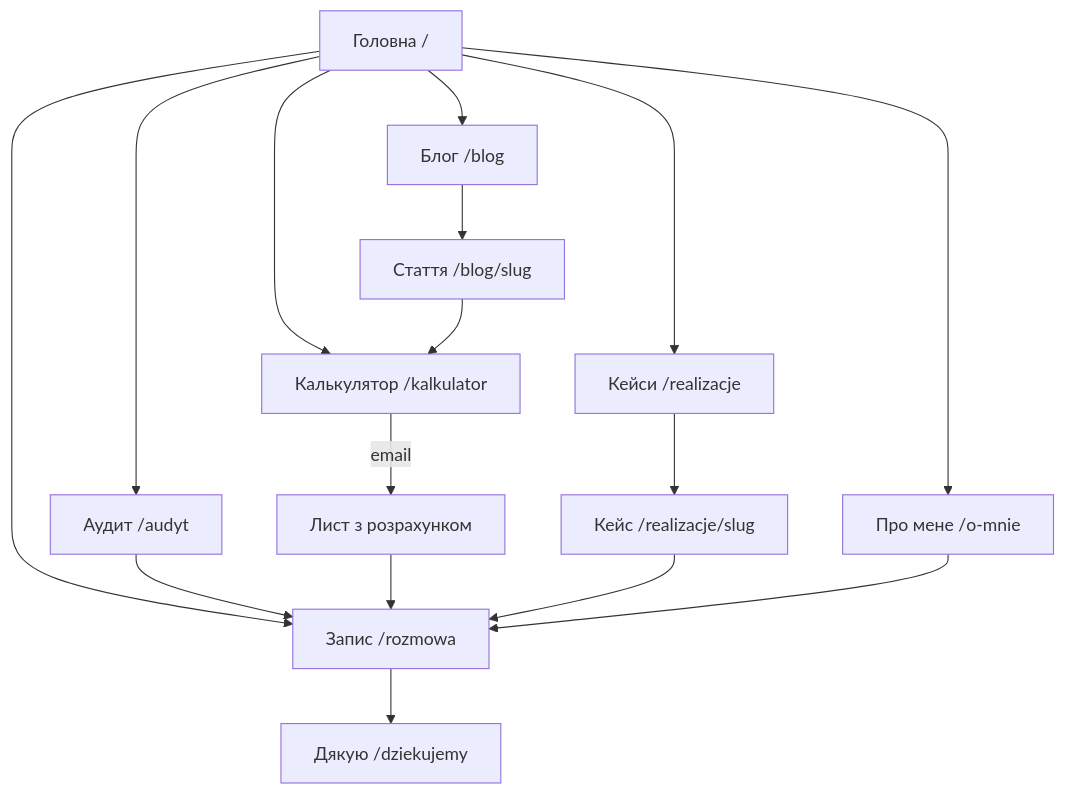
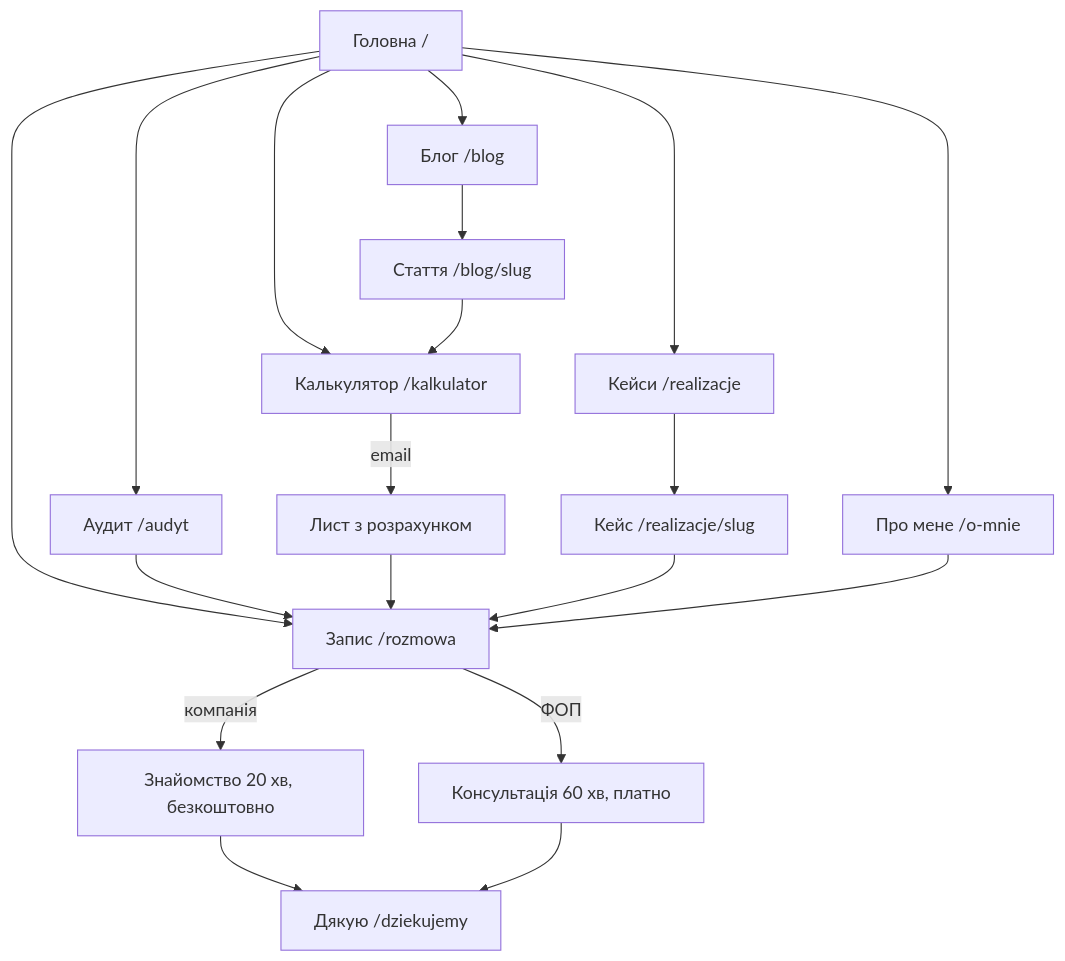
Before and after one commit to HomeProgrammer1/My-web-site: the diagram in docs/site-architecture.md, drawn with Mermaid. The commit also changed other lines of this file, not shown here.

First line of the commit message:
Update site architecture to v2: HR focus, consultation pricing, placeholders

````diff
--- a/docs/site-architecture.md
+++ b/docs/site-architecture.md
@@ -82,18 +104,21 @@
 ```mermaid
 flowchart TD
   H[Головна /] --> A[Аудит /audyt]
   H --> K[Калькулятор /kalkulator]
   H --> R[Кейси /realizacje]
   R --> R1[Кейс /realizacje/slug]
   H --> O[Про мене /o-mnie]
   H --> B[Блог /blog]
   B --> B1[Стаття /blog/slug]
   H --> Z[Запис /rozmowa]
   A --> Z
   K -->|email| E[Лист з розрахунком]
   E --> Z
   R1 --> Z
   O --> Z
   B1 --> K
-  Z --> T[Дякую /dziekujemy]
+  Z -->|компанія| Z1[Знайомство 20 хв, безкоштовно]
+  Z -->|ФОП| Z2[Консультація 60 хв, платно]
+  Z1 --> T[Дякую /dziekujemy]
+  Z2 --> T
 ```
````
